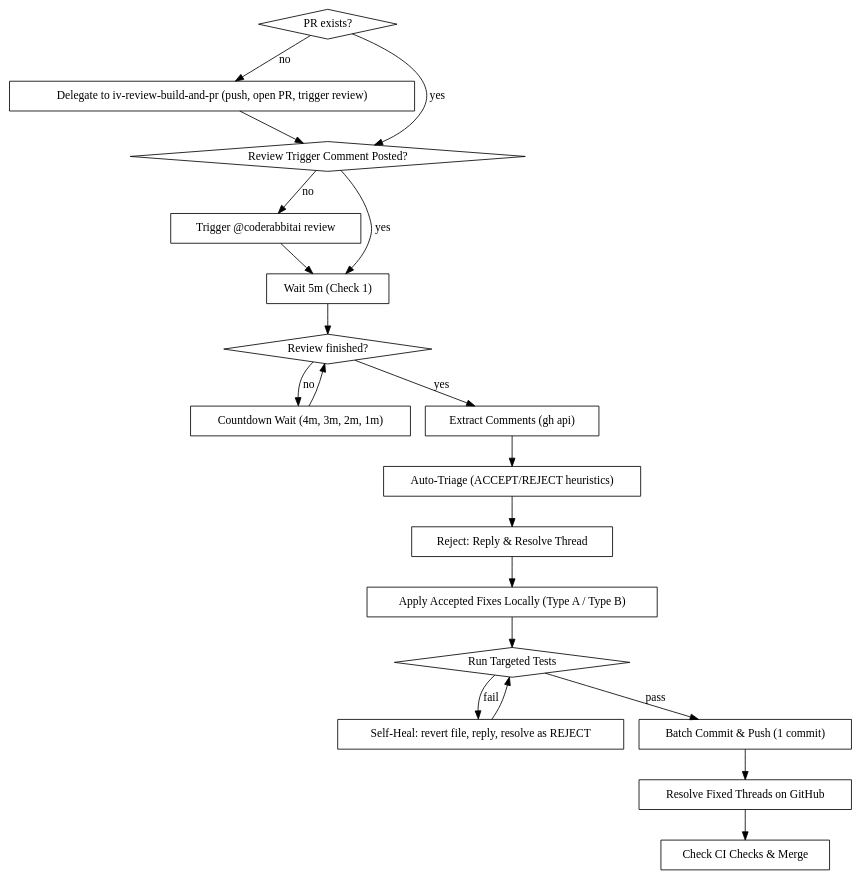
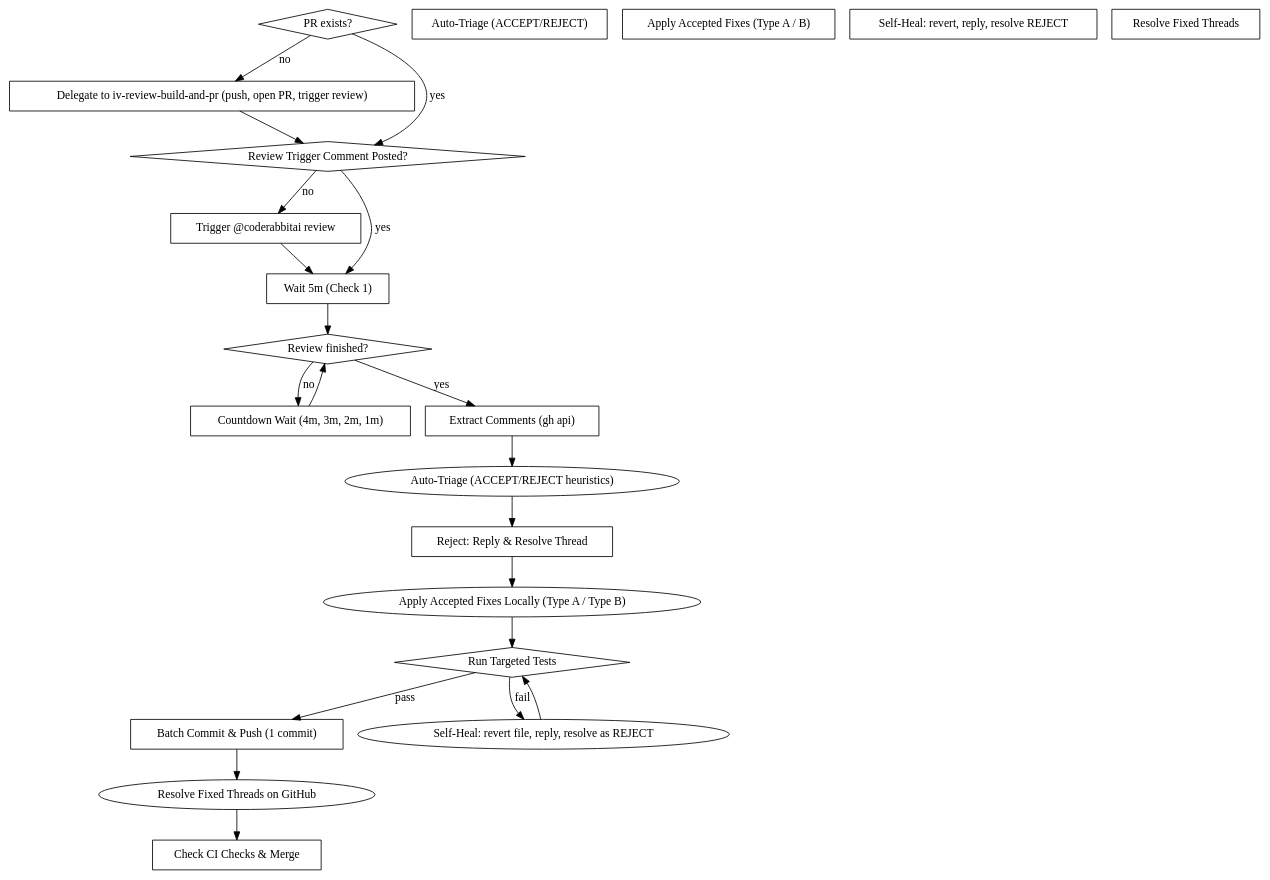
The diagram in skills/v-babysit-pr-and-merge/SKILL.md (AI-Degen-69/issue-to-pr-skills), drawn with Graphviz before and after one commit. The commit also changed other lines of this file and 70 other files, not shown here.

````diff
--- a/skills/v-babysit-pr-and-merge/SKILL.md
+++ b/skills/v-babysit-pr-and-merge/SKILL.md
@@ -44,40 +33,40 @@
 ```dot
 digraph babysit_pr_and_merge {
     "PR exists?" [shape=diamond];
     "Delegate to iv-review-build-and-pr (push, open PR, trigger review)" [shape=box];
     "Review Trigger Comment Posted?" [shape=diamond];
     "Trigger @coderabbitai review" [shape=box];
     "Wait 5m (Check 1)" [shape=box];
     "Review finished?" [shape=diamond];
     "Countdown Wait (4m, 3m, 2m, 1m)" [shape=box];
     "Extract Comments (gh api)" [shape=box];
-    "Auto-Triage (ACCEPT/REJECT heuristics)" [shape=box];
+    "Auto-Triage (ACCEPT/REJECT)" [shape=box];
     "Reject: Reply & Resolve Thread" [shape=box];
-    "Apply Accepted Fixes Locally (Type A / Type B)" [shape=box];
+    "Apply Accepted Fixes (Type A / B)" [shape=box];
     "Run Targeted Tests" [shape=diamond];
-    "Self-Heal: revert file, reply, resolve as REJECT" [shape=box];
+    "Self-Heal: revert, reply, resolve REJECT" [shape=box];
     "Batch Commit & Push (1 commit)" [shape=box];
-    "Resolve Fixed Threads on GitHub" [shape=box];
+    "Resolve Fixed Threads" [shape=box];
     "Check CI Checks & Merge" [shape=box];
 
     "PR exists?" -> "Delegate to iv-review-build-and-pr (push, open PR, trigger review)" [label="no"];
     "PR exists?" -> "Review Trigger Comment Posted?" [label="yes"];
     "Delegate to iv-review-build-and-pr (push, open PR, trigger review)" -> "Review Trigger Comment Posted?";
     "Review Trigger Comment Posted?" -> "Trigger @coderabbitai review" [label="no"];
     "Review Trigger Comment Posted?" -> "Wait 5m (Check 1)" [label="yes"];
     "Trigger @coderabbitai review" -> "Wait 5m (Check 1)";
     "Wait 5m (Check 1)" -> "Review finished?";
     "Review finished?" -> "Countdown Wait (4m, 3m, 2m, 1m)" [label="no"];
     "Countdown Wait (4m, 3m, 2m, 1m)" -> "Review finished?";
     "Review finished?" -> "Extract Comments (gh api)" [label="yes"];
     "Extract Comments (gh api)" -> "Auto-Triage (ACCEPT/REJECT heuristics)";
     "Auto-Triage (ACCEPT/REJECT heuristics)" -> "Reject: Reply & Resolve Thread";
     "Reject: Reply & Resolve Thread" -> "Apply Accepted Fixes Locally (Type A / Type B)";
     "Apply Accepted Fixes Locally (Type A / Type B)" -> "Run Targeted Tests";
     "Run Targeted Tests" -> "Self-Heal: revert file, reply, resolve as REJECT" [label="fail"];
     "Self-Heal: revert file, reply, resolve as REJECT" -> "Run Targeted Tests";
     "Run Targeted Tests" -> "Batch Commit & Push (1 commit)" [label="pass"];
     "Batch Commit & Push (1 commit)" -> "Resolve Fixed Threads on GitHub";
     "Resolve Fixed Threads on GitHub" -> "Check CI Checks & Merge";
 }
 ```
````
